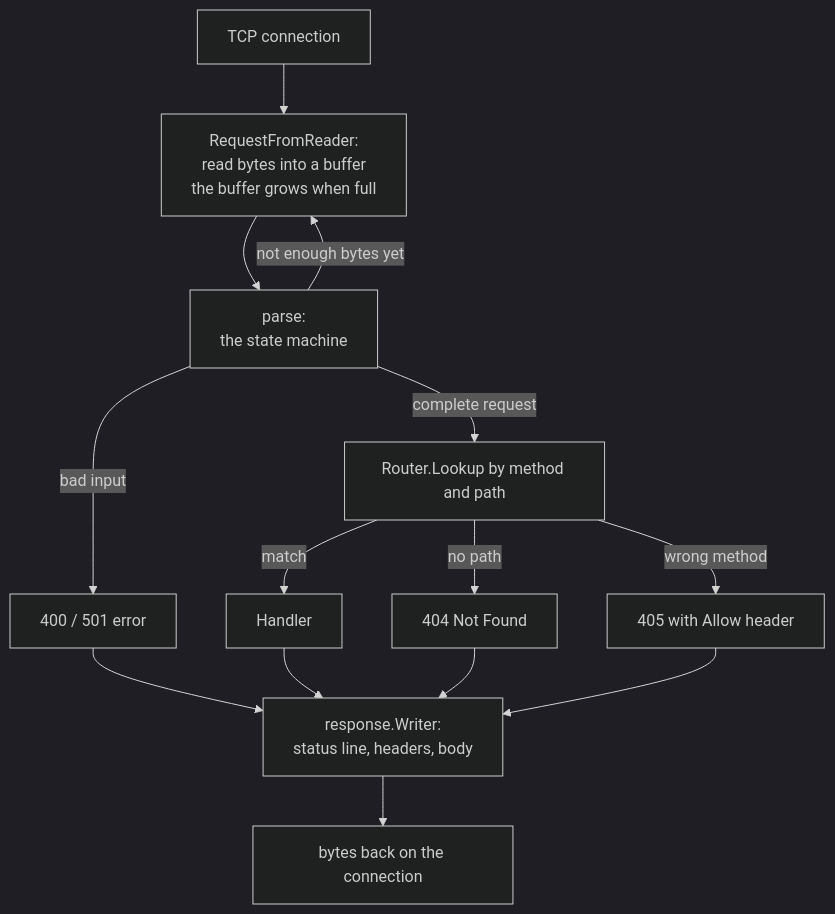
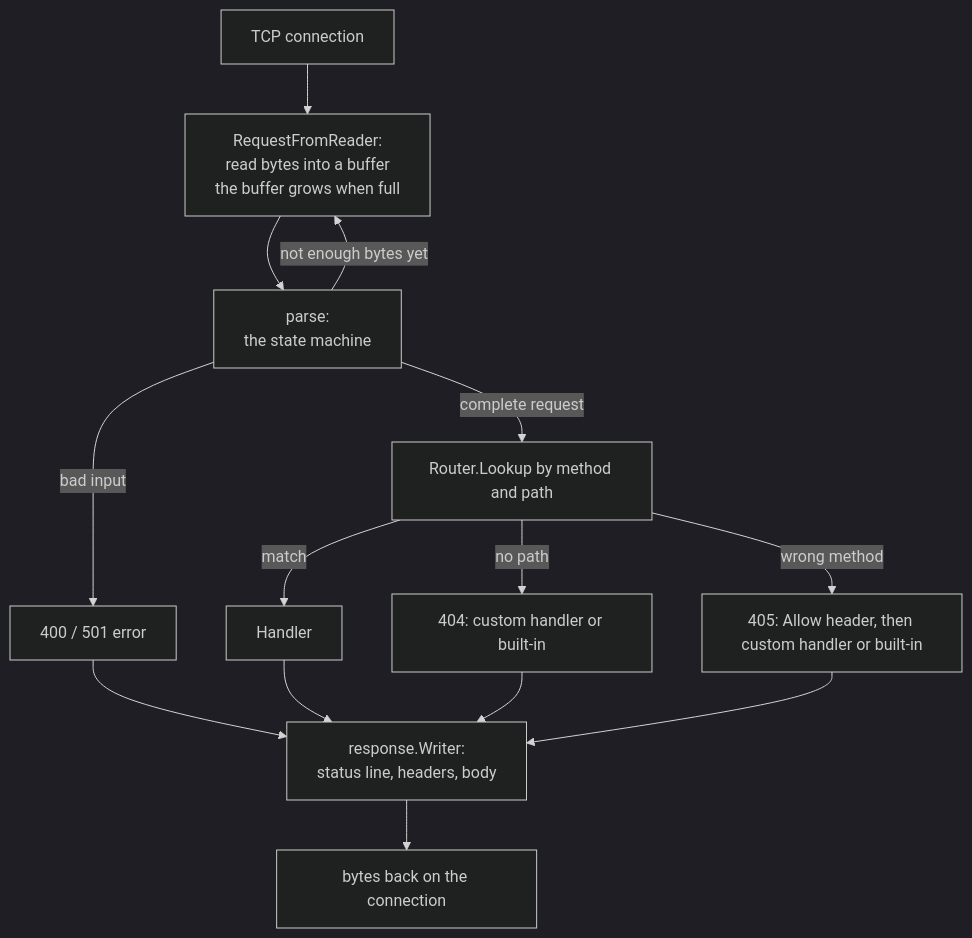
The first of 2 diagrams in README.md (rllko/httpfromtcp), drawn with Mermaid (dark theme) before and after one commit. The commit also changed other lines of this file, not shown here.

````diff
--- a/README.md
+++ b/README.md
@@ -133,20 +132,20 @@
 ```mermaid
 flowchart TD
     A[TCP connection] --> B[RequestFromReader:
     read bytes into a buffer
     the buffer grows when full]
     B --> C[parse:
     the state machine]
     C -->|not enough bytes yet| B
     C -->|bad input| E[400 / 501 error]
     C -->|complete request| F[Router.Lookup by method and path]
     F -->|match| G[Handler]
-    F -->|no path| H[404 Not Found]
-    F -->|wrong method| I[405 with Allow header]
+    F -->|no path| H[404: custom handler or built-in]
+    F -->|wrong method| I[405: Allow header, then custom handler or built-in]
     G --> J[response.Writer:
     status line, headers, body]
     E --> J
     H --> J
     I --> J
     J --> K[bytes back on the connection]
 ```
````
